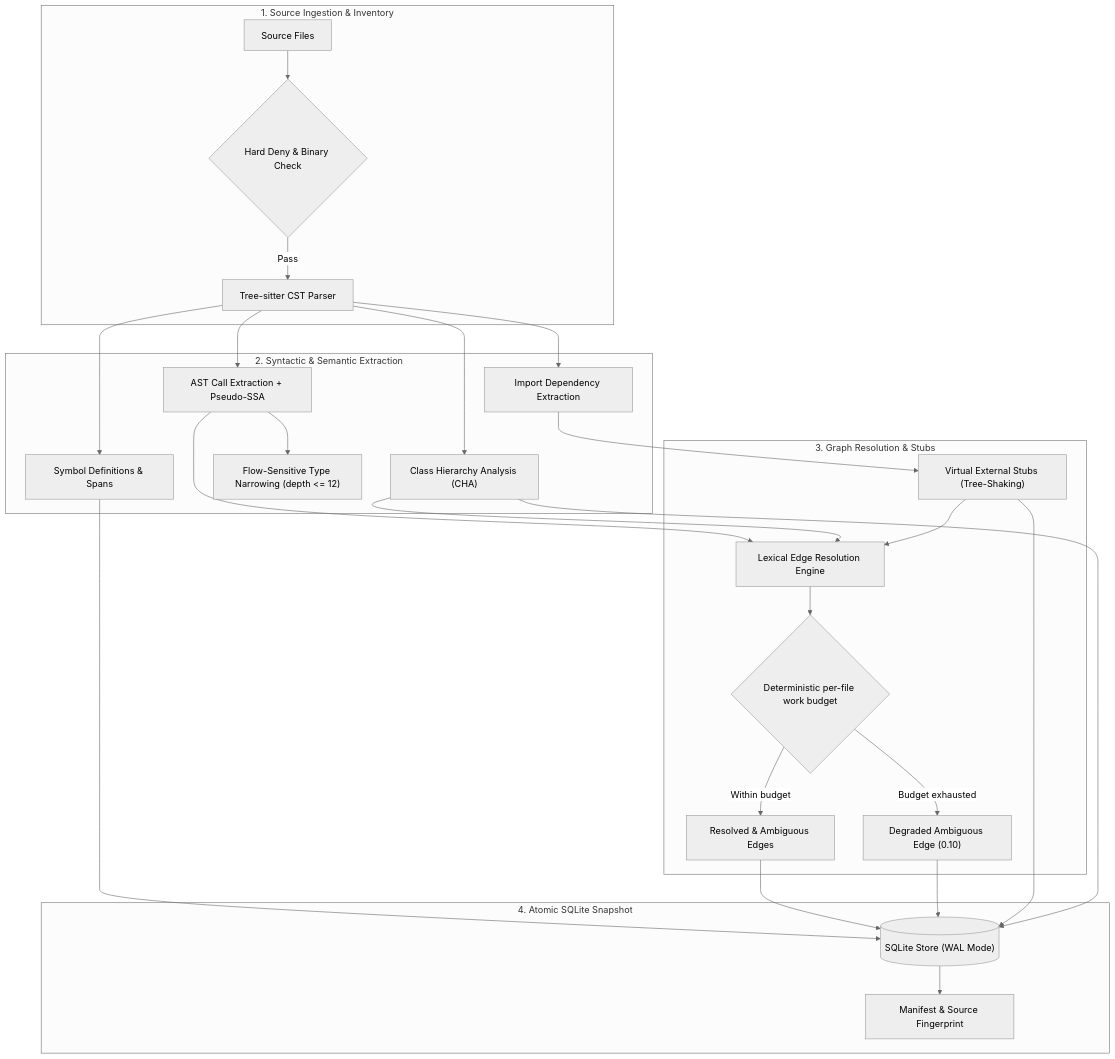
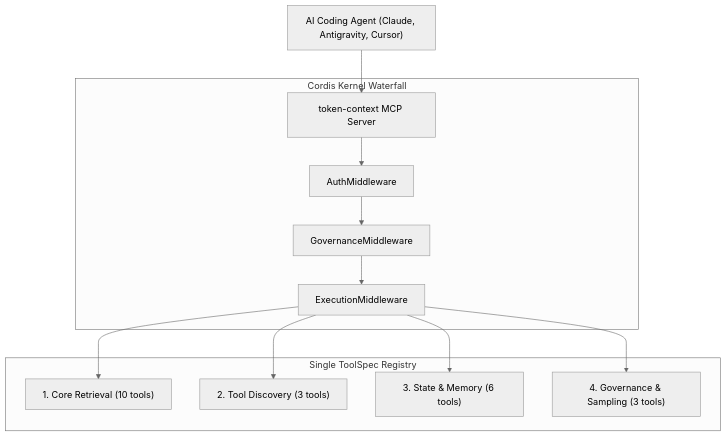
Before and after one commit to MCK564/token-context-mcp: the diagram in README.en.md, drawn with Mermaid (neutral theme). The commit also changed other lines of this file and 74 other files, not shown here.

````diff
--- a/README.en.md
+++ b/README.en.md
@@ -78,34 +127,15 @@
 ```mermaid
-flowchart TD
-    subgraph Ingestion ["1. Source Ingestion & Inventory"]
-        SRC["Source Files"] --> DENY{"Hard Deny & Binary Check"}
-        DENY -->|Pass| TS["Tree-sitter CST Parser"]
+graph TD
+    CLIENT["AI Coding Agent (Claude, Antigravity, Cursor)"] --> MCP["token-context MCP Server"]
+    subgraph Kernel ["Cordis Kernel Waterfall"]
+        MCP --> AUTH["AuthMiddleware"]
+        AUTH --> GOV["GovernanceMiddleware"]
+        GOV --> EXEC["ExecutionMiddleware"]
     end
-
-    subgraph Extraction ["2. Syntactic & Semantic Extraction"]
-        TS --> SYM["Symbol Definitions & Spans"]
-        TS --> IMP["Import Dependency Extraction"]
-        TS --> CHA["Class Hierarchy Analysis (CHA)"]
-        TS --> CALL["AST Call Extraction + Pseudo-SSA"]
-        CALL --> NARROW["Flow-Sensitive Type Narrowing (depth <= 12)"]
-    end
-
-    subgraph Resolution ["3. Graph Resolution & Stubs"]
-        IMP --> STUBS["Virtual External Stubs (Tree-Shaking)"]
-        CALL --> RESOLVE["Lexical Edge Resolution Engine"]
-        CHA --> RESOLVE
-        STUBS --> RESOLVE
-        RESOLVE --> CB{"Deterministic per-file work budget"}
-        CB -->|Within budget| EDGES["Resolved & Ambiguous Edges"]
-        CB -->|Budget exhausted| AMBIG["Degraded Ambiguous Edge (0.10)"]
-    end
-
-    subgraph Storage ["4. Atomic SQLite Snapshot"]
-        SYM --> SQLITE[("SQLite Store (WAL Mode)")]
-        EDGES --> SQLITE
-        AMBIG --> SQLITE
-        STUBS --> SQLITE
-        CHA --> SQLITE
-        SQLITE --> MANIFEST["Manifest & Source Fingerprint"]
+    subgraph Registry ["Single ToolSpec Registry"]
+        EXEC --> RETRIEVAL["1. Core Retrieval (10 tools)"]
+        EXEC --> DISCOVERY["2. Tool Discovery (3 tools)"]
+        EXEC --> MEMORY["3. State & Memory (6 tools)"]
+        EXEC --> GOV_TOOLS["4. Governance & Sampling (3 tools)"]
     end
 ```
````
